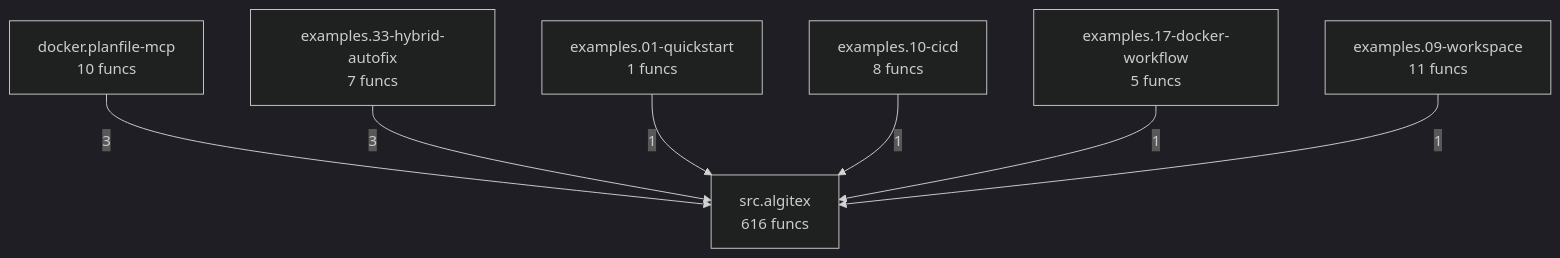
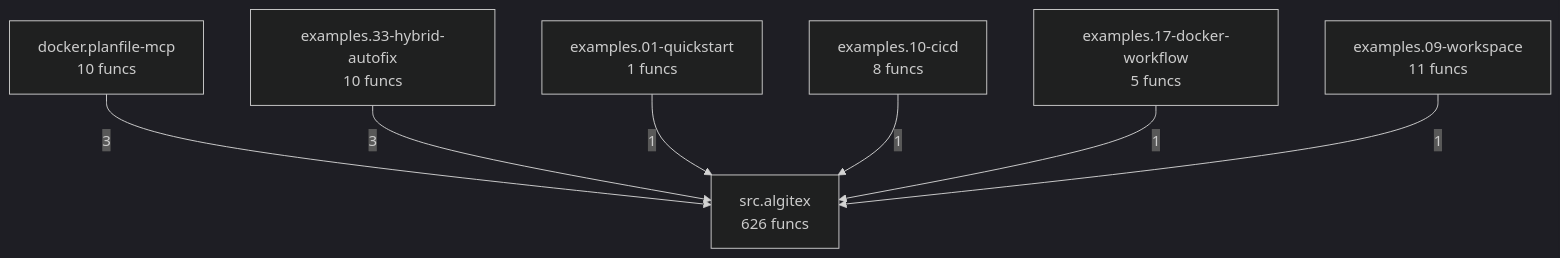
One commit to semcod/algitex changed the diagram in project/compact_flow.mmd. Above: the diagram before and after it, drawn with Mermaid (dark theme). The commit also changed 23 other files, not shown here.

```diff
--- a/project/compact_flow.mmd
+++ b/project/compact_flow.mmd
@@ -1,14 +1,14 @@
 flowchart TD
     docker__planfile_mcp["docker.planfile-mcp<br/>10 funcs"]
     examples__01_quickstart["examples.01-quickstart<br/>1 funcs"]
     examples__09_workspace["examples.09-workspace<br/>11 funcs"]
     examples__10_cicd["examples.10-cicd<br/>8 funcs"]
     examples__17_docker_workflow["examples.17-docker-workflow<br/>5 funcs"]
-    examples__33_hybrid_autofix["examples.33-hybrid-autofix<br/>7 funcs"]
-    src__algitex["src.algitex<br/>616 funcs"]
+    examples__33_hybrid_autofix["examples.33-hybrid-autofix<br/>10 funcs"]
+    src__algitex["src.algitex<br/>626 funcs"]
     docker__planfile_mcp -->|3| src__algitex
     examples__33_hybrid_autofix -->|3| src__algitex
     examples__01_quickstart -->|1| src__algitex
     examples__10_cicd -->|1| src__algitex
     examples__17_docker_workflow -->|1| src__algitex
     examples__09_workspace -->|1| src__algitex
```
